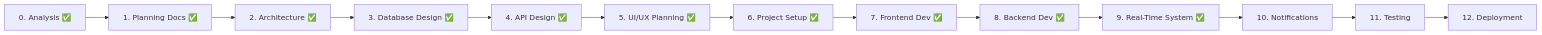
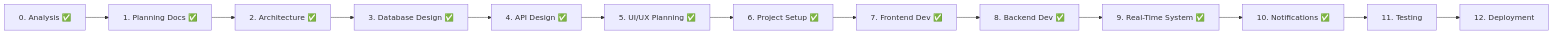
Before and after one commit to samiularaf/bubt-bus-tracking: the diagram in docs/ROADMAP.md, drawn with Mermaid. The commit also changed other lines of this file, not shown here.

Commit message:
docs: sync ROADMAP.md — Phase 10 complete

````diff
--- a/docs/ROADMAP.md
+++ b/docs/ROADMAP.md
@@ -21,15 +21,15 @@
 ```mermaid
 flowchart LR
     P0[0. Analysis ✅] --> P1[1. Planning Docs ✅]
     P1 --> P2[2. Architecture ✅]
     P2 --> P3[3. Database Design ✅]
     P3 --> P4[4. API Design ✅]
     P4 --> P5[5. UI/UX Planning ✅]
     P5 --> P6[6. Project Setup ✅]
     P6 --> P7[7. Frontend Dev ✅]
     P7 --> P8[8. Backend Dev ✅]
     P8 --> P9[9. Real-Time System ✅]
-    P9 --> P10[10. Notifications]
+    P9 --> P10[10. Notifications ✅]
     P10 --> P11[11. Testing]
     P11 --> P12[12. Deployment]
 ```
````
